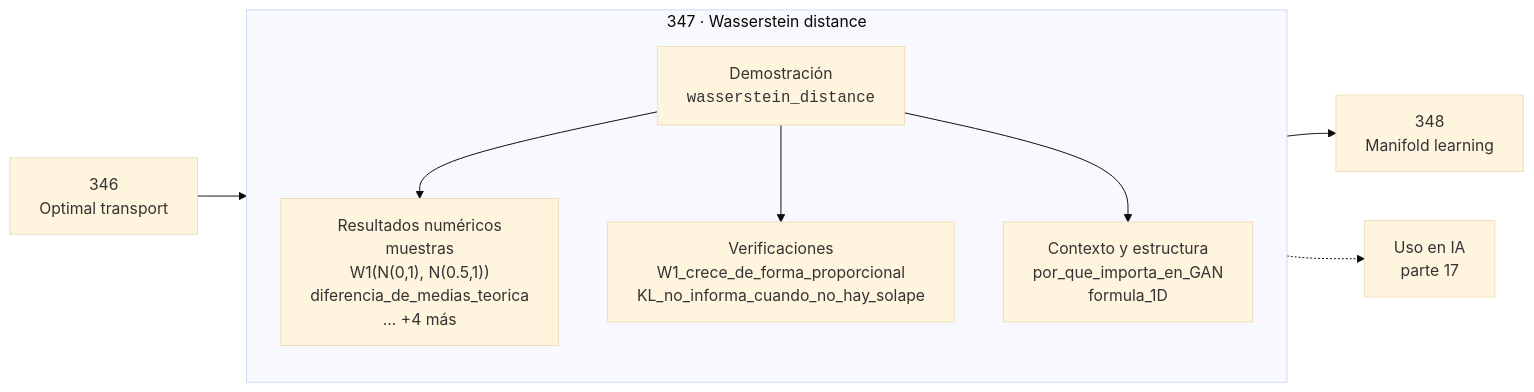
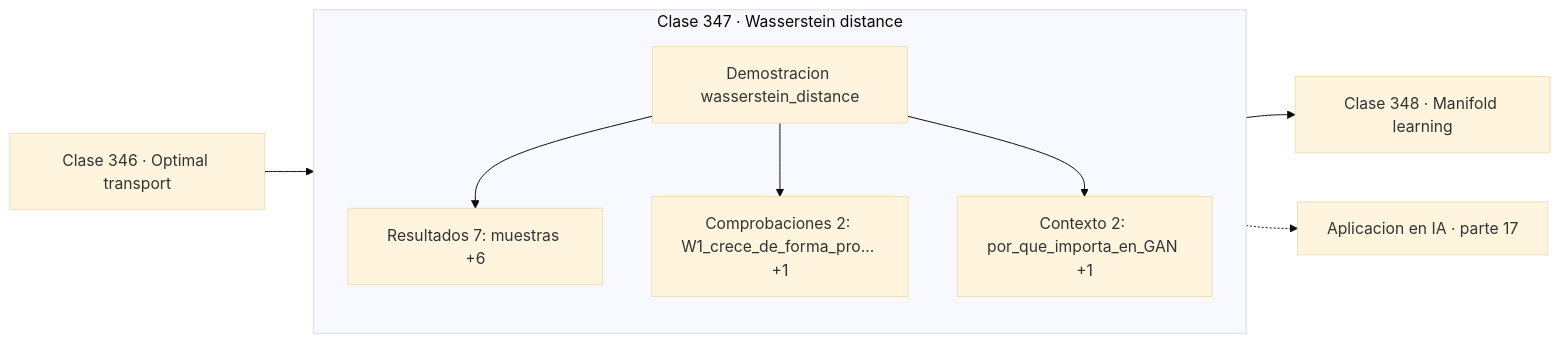
One commit to vladimiracunadev-create/computational-mathematics-program changed the diagram in classes/part-17-frontera-matematica-para-ia-e-investigacion/347-wasserstein-distance/README.md. Above: the diagram before and after it, drawn with Mermaid (base theme). The commit also changed 389 other files, not shown here.

First line of the commit message:
fix(diagramas): elimina el HTML de las etiquetas Mermaid

````diff
--- a/classes/part-17-frontera-matematica-para-ia-e-investigacion/347-wasserstein-distance/README.md
+++ b/classes/part-17-frontera-matematica-para-ia-e-investigacion/347-wasserstein-distance/README.md
@@ -30,12 +30,13 @@
 ```mermaid
 flowchart LR
-    P["346<br/>Optimal transport"] --> C
-    subgraph C["347 · Wasserstein distance"]
+    P["Clase 346 · Optimal transport"] --> D
+    subgraph CLASE["Clase 347 · Wasserstein distance"]
         direction TB
-        D["Demostración<br/><code>wasserstein_distance</code>"] --> R["Resultados numéricos<br/>muestras<br/>W1(N(0,1), N(0.5,1))<br/>diferencia_de_medias_teorica<br/>… +4 más"]
-        D --> V["Verificaciones<br/>W1_crece_de_forma_proporcional<br/>KL_no_informa_cuando_no_hay_solape"]
-        D --> O["Contexto y estructura<br/>por_que_importa_en_GAN<br/>formula_1D"]
+        D["Demostracion wasserstein_distance"]
+        D --> R["Resultados 7: muestras +6"]
+        D --> V["Comprobaciones 2: W1_crece_de_forma_pro… +1"]
+        D --> O["Contexto 2: por_que_importa_en_GAN +1"]
     end
-    C --> N["348<br/>Manifold learning"]
-    C -.-> IA["Uso en IA<br/>parte 17"]
+    R --> N["Clase 348 · Manifold learning"]
+    V -.-> IA["Aplicacion en IA · parte 17"]
 ```
````
